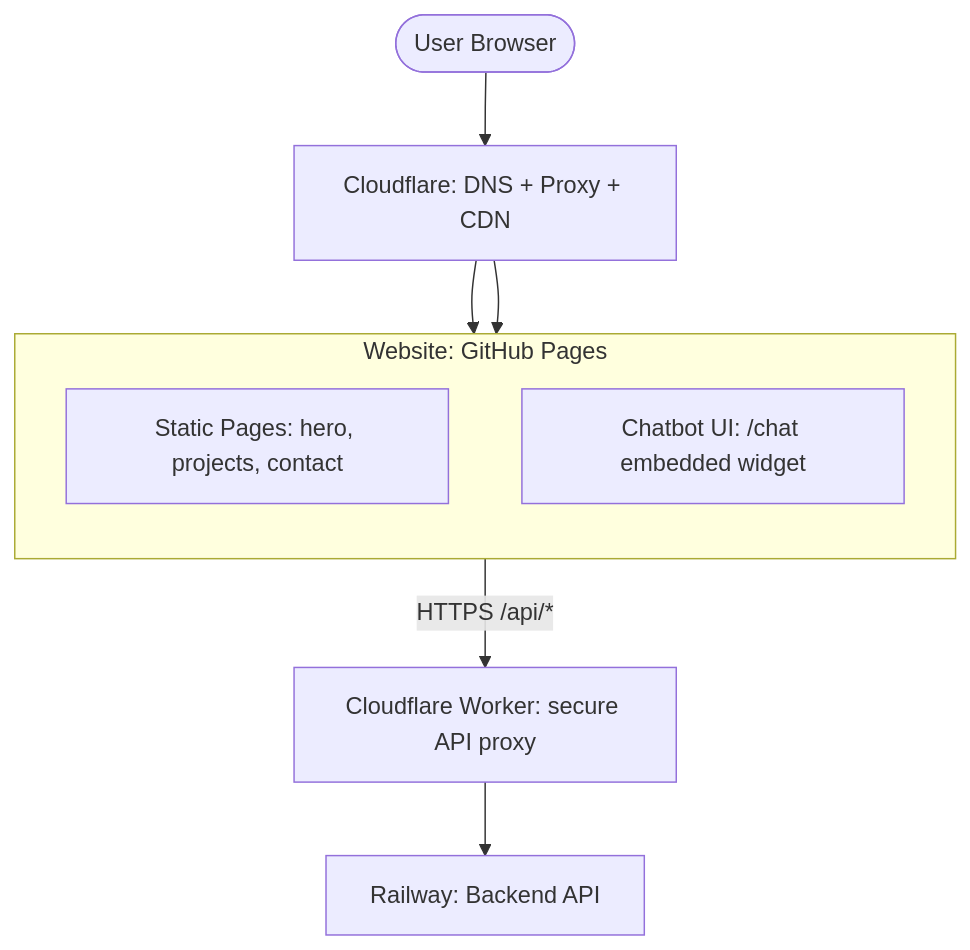
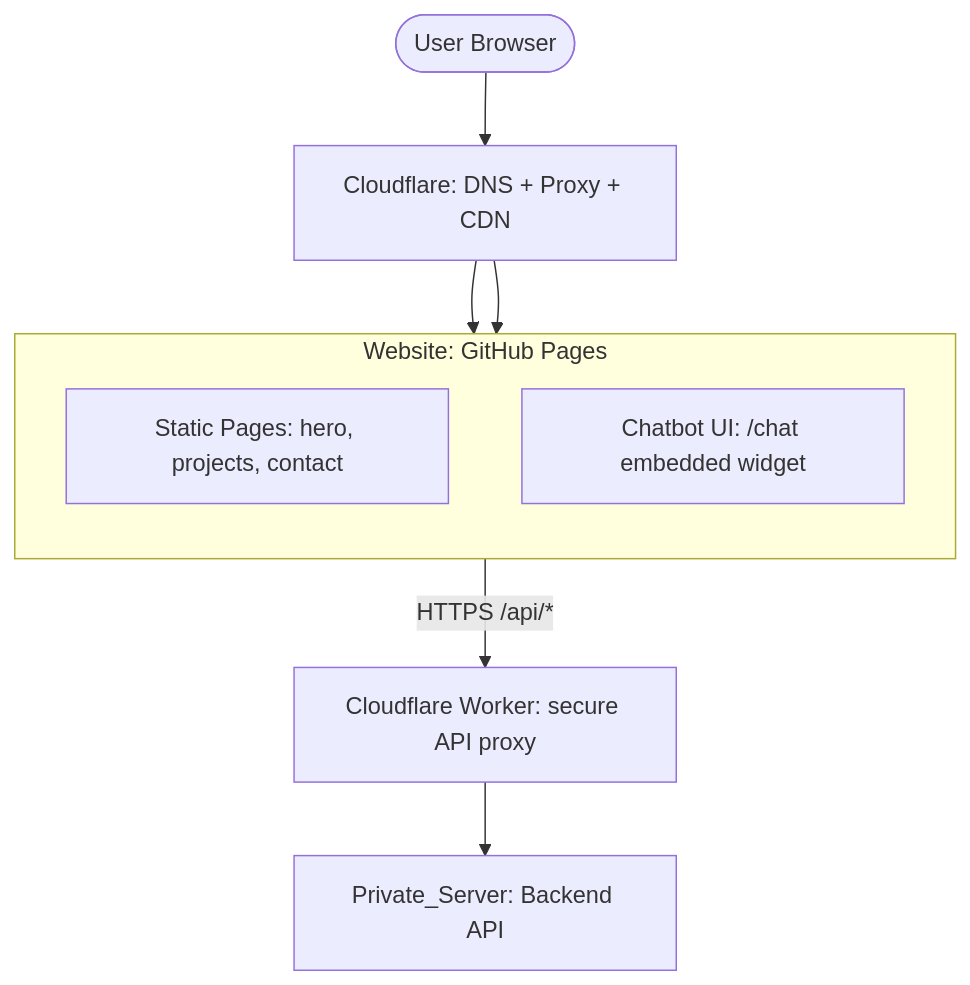
Before and after one commit to chikuku/chikuku.github.io: the first of 2 diagrams in README.md, drawn with Mermaid. The commit also changed other lines of this file, not shown here.

Commit message:
Update README.md
Change the flow graph, Railway -> private VM

````diff
--- a/README.md
+++ b/README.md
@@ -22,23 +22,23 @@
 ```mermaid
 flowchart TB
   %% Top-to-Bottom overview
   User([User Browser])
   CF[Cloudflare: DNS + Proxy + CDN]
 
   subgraph Site[Website: GitHub Pages]
     direction TB
     Pages[Static Pages: hero, projects, contact]
     ChatUI[Chatbot UI: /chat embedded widget]
   end
 
   %% Static delivery: edge -> static pages
   User --> CF
   CF --> Pages
   CF --> ChatUI
 
-  %% Chatbot path: UI -> Cloudflare Worker -> Railway
+  %% Chatbot path: UI -> Cloudflare Worker -> Private_Server
   CFWorker[Cloudflare Worker: secure API proxy]
-  Railway[Railway: Backend API]
+  Private_Server[Private_Server: Backend API]
   ChatUI -->|HTTPS /api/*| CFWorker
-  CFWorker --> Railway
+  CFWorker --> Private_Server
 ```
````
